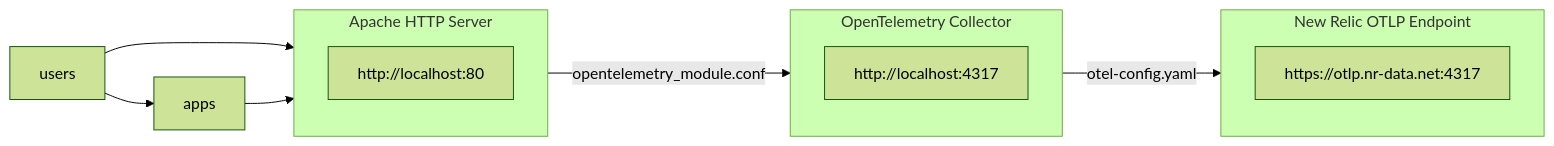
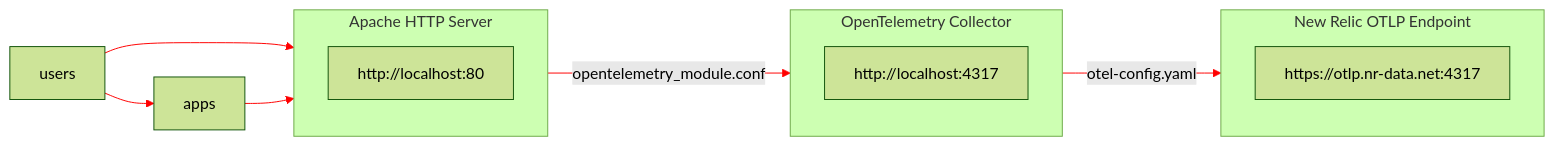
Before and after one commit to pnvnd/observability: the diagram in docs/tutorials/custom/apache2.md, drawn with Mermaid (forest theme). The commit also changed 2 other files, not shown here.

Commit message:
fix: flowchart arrow colors

````diff
--- a/docs/tutorials/custom/apache2.md
+++ b/docs/tutorials/custom/apache2.md
@@ -7,19 +7,20 @@
 ```mermaid
 flowchart LR
 
     subgraph apache2[Apache HTTP Server]
     http://localhost:80
     end
 
     subgraph otelcol[OpenTelemetry Collector]
     http://localhost:4317
     end
 
     subgraph newrelic[New Relic OTLP Endpoint]
     https://otlp.nr-data.net:4317
     end
 
     users-->apache2
     users-->apps
     apps-->apache2-->|opentelemetry_module.conf| otelcol--> |otel-config.yaml| newrelic
+linkStyle default stroke:red
  ```
````
